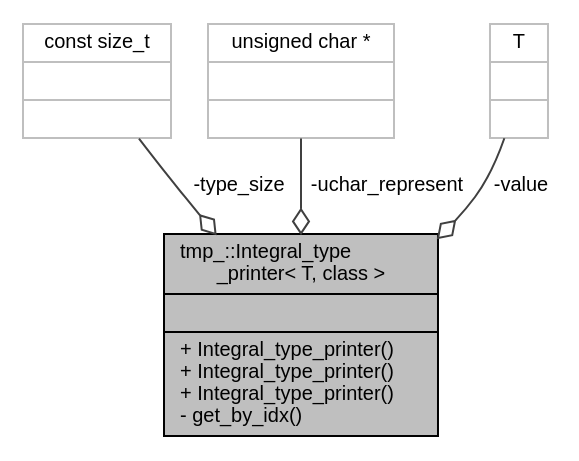
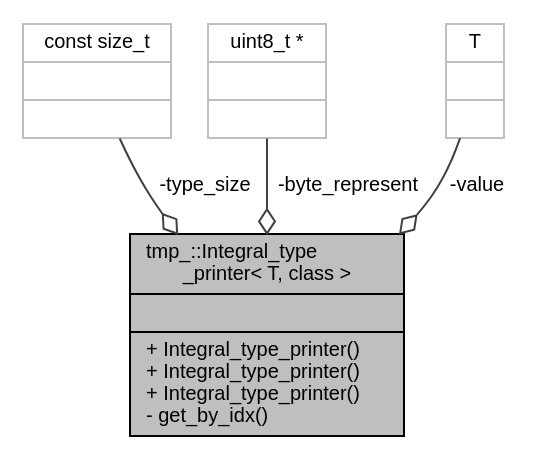
Before and after one commit to azbyx/print_ip: the diagram in classtmp___1_1_integral__type__printer__coll__graph.dot, drawn with Graphviz. The commit also changed 53 other files, not shown here.

```diff
--- a/classtmp___1_1_integral__type__printer__coll__graph.dot
+++ b/classtmp___1_1_integral__type__printer__coll__graph.dot
@@ -1,14 +1,14 @@
 digraph "tmp_::Integral_type_printer&lt; T, class &gt;"
 {
  // INTERACTIVE_SVG=YES
  // LATEX_PDF_SIZE
   edge [fontname="Helvetica",fontsize="10",labelfontname="Helvetica",labelfontsize="10"];
   node [fontname="Helvetica",fontsize="10",shape=record];
   Node1 [label="{tmp_::Integral_type\l_printer\< T, class \>\n||+ Integral_type_printer()\l+ Integral_type_printer()\l+ Integral_type_printer()\l- get_by_idx()\l}",height=0.2,width=0.4,color="black", fillcolor="grey75", style="filled", fontcolor="black",tooltip=" "];
   Node2 -> Node1 [color="grey25",fontsize="10",style="solid",label=" -type_size" ,arrowhead="odiamond",fontname="Helvetica"];
   Node2 [label="{const size_t\n||}",height=0.2,width=0.4,color="grey75", fillcolor="white", style="filled",tooltip=" "];
-  Node3 -> Node1 [color="grey25",fontsize="10",style="solid",label=" -uchar_represent" ,arrowhead="odiamond",fontname="Helvetica"];
-  Node3 [label="{unsigned char *\n||}",height=0.2,width=0.4,color="grey75", fillcolor="white", style="filled",tooltip=" "];
+  Node3 -> Node1 [color="grey25",fontsize="10",style="solid",label=" -byte_represent" ,arrowhead="odiamond",fontname="Helvetica"];
+  Node3 [label="{uint8_t *\n||}",height=0.2,width=0.4,color="grey75", fillcolor="white", style="filled",tooltip=" "];
   Node4 -> Node1 [color="grey25",fontsize="10",style="solid",label=" -value" ,arrowhead="odiamond",fontname="Helvetica"];
   Node4 [label="{T\n||}",height=0.2,width=0.4,color="grey75", fillcolor="white", style="filled",tooltip=" "];
 }
```
